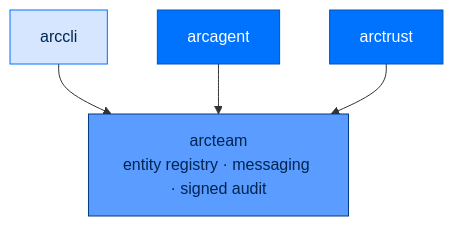
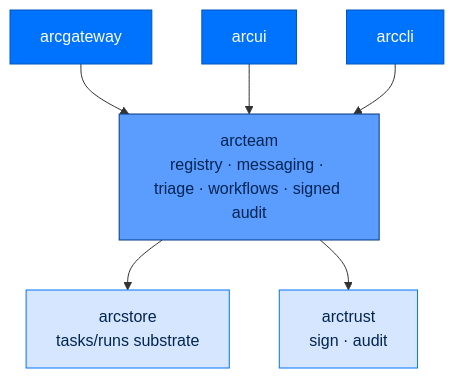
The diagram in packages/arcteam/README.md (joshuamschultz/Arc), drawn with Mermaid before and after one commit. The commit also changed other lines of this file and 45 other files, not shown here.

````diff
--- a/packages/arcteam/README.md
+++ b/packages/arcteam/README.md
@@ -35,11 +37,13 @@
 ```mermaid
 flowchart TB
     classDef surface fill:#5A9CFF,stroke:#003B82,color:#002550
-    classDef agent fill:#0073FE,stroke:#0055BC,color:#FFFFFF
-    classDef entry fill:#D6E6FF,stroke:#0073FE,color:#002550
+    classDef consumer fill:#0073FE,stroke:#0055BC,color:#FFFFFF
+    classDef leaf fill:#D6E6FF,stroke:#0073FE,color:#002550
 
-    arccli[arccli]:::entry --> arcteam
-    arcagent[arcagent]:::agent --> arcteam
-    arctrust[arctrust]:::agent --> arcteam
-    arcteam[arcteam<br/>entity registry · messaging · signed audit]:::surface
+    arcgateway[arcgateway]:::consumer --> arcteam
+    arcui[arcui]:::consumer --> arcteam
+    arccli[arccli]:::consumer --> arcteam
+    arcteam[arcteam<br/>registry · messaging · triage · workflows · signed audit]:::surface
+    arcteam --> arcstore[arcstore<br/>tasks/runs substrate]:::leaf
+    arcteam --> arctrust[arctrust<br/>sign · audit]:::leaf
 ```
````
